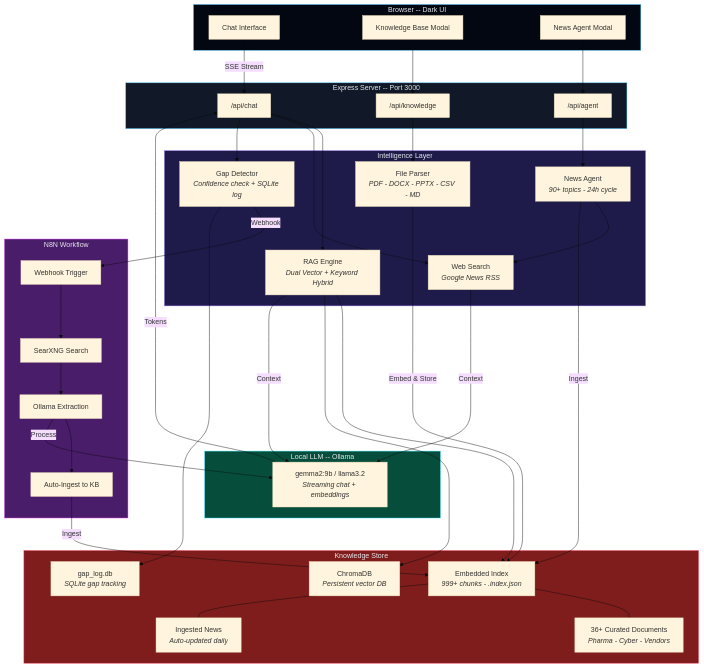
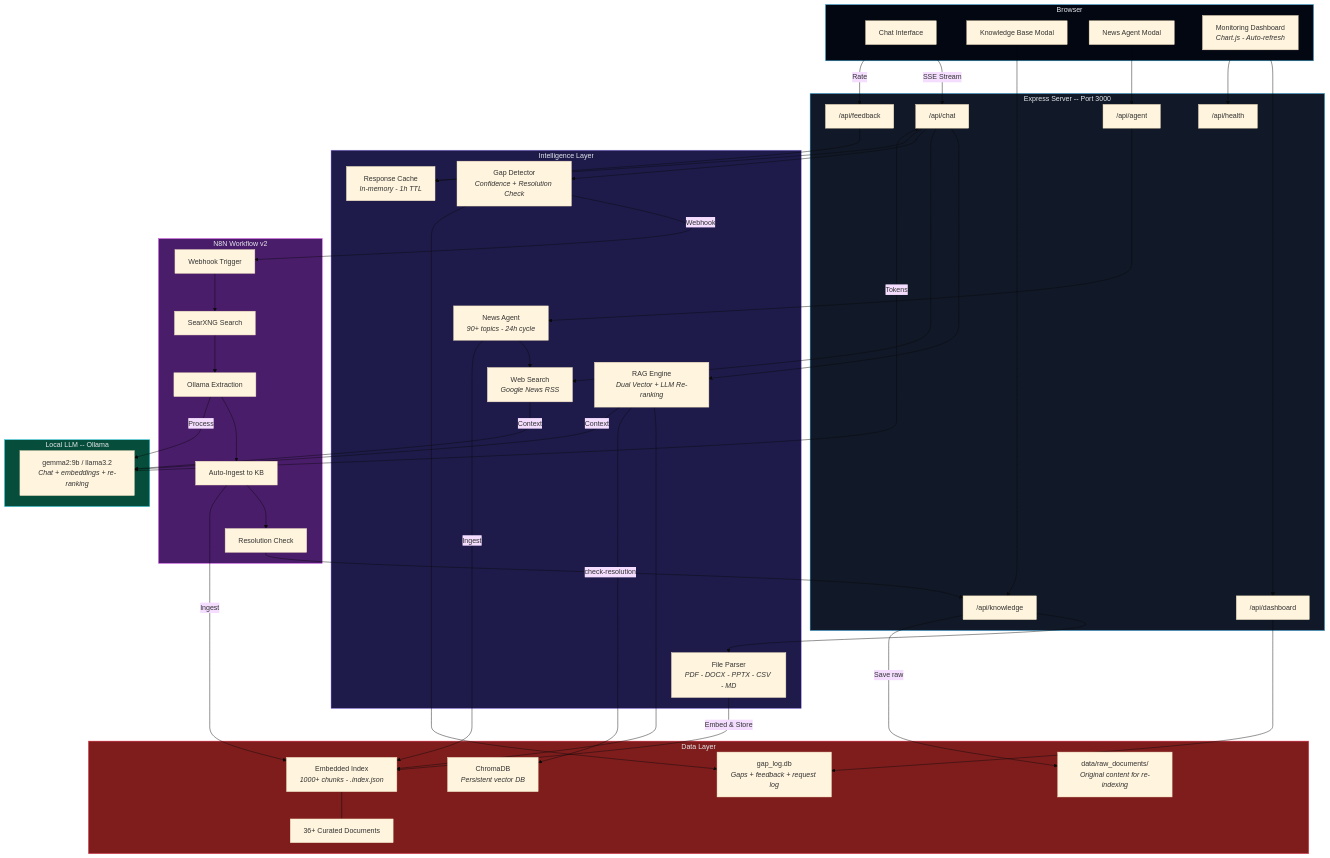
The first of 2 diagrams in README.md (sebdallais-git/PharmaCyberLLM), drawn with Mermaid (base theme) before and after one commit. The commit also changed other lines of this file and 13 other files, not shown here.

First line of the commit message:
feat: add monitoring dashboard, feedback system, gap resolution, and LLM re-ranking

````diff
--- a/README.md
+++ b/README.md
@@ -124,58 +188,72 @@
 ```mermaid
 graph TB
-    subgraph CLIENT["Browser -- Dark UI"]
+    subgraph CLIENT["Browser"]
         CHAT["Chat Interface"]
         KB["Knowledge Base Modal"]
         NA["News Agent Modal"]
+        DASH["Monitoring Dashboard<br/><i>Chart.js - Auto-refresh</i>"]
     end
 
     subgraph SERVER["Express Server -- Port 3000"]
         API_CHAT["/api/chat"]
         API_KB["/api/knowledge"]
         API_AGENT["/api/agent"]
+        API_FB["/api/feedback"]
+        API_DASH["/api/dashboard"]
+        API_HEALTH["/api/health"]
     end
 
     subgraph INTELLIGENCE["Intelligence Layer"]
-        RAG["RAG Engine<br/><i>Dual Vector + Keyword Hybrid</i>"]
+        RAG["RAG Engine<br/><i>Dual Vector + LLM Re-ranking</i>"]
         WEB["Web Search<br/><i>Google News RSS</i>"]
         AGENT["News Agent<br/><i>90+ topics - 24h cycle</i>"]
         PARSE["File Parser<br/><i>PDF - DOCX - PPTX - CSV - MD</i>"]
-        GAP["Gap Detector<br/><i>Confidence check + SQLite log</i>"]
+        GAP["Gap Detector<br/><i>Confidence + Resolution Check</i>"]
+        RCACHE["Response Cache<br/><i>In-memory - 1h TTL</i>"]
     end
 
-    subgraph ORCHESTRATION["N8N Workflow"]
+    subgraph ORCHESTRATION["N8N Workflow v2"]
         N8N_WH["Webhook Trigger"]
         N8N_SEARCH["SearXNG Search"]
         N8N_EXTRACT["Ollama Extraction"]
         N8N_STORE["Auto-Ingest to KB"]
+        N8N_RESOLVE["Resolution Check"]
     end
 
     subgraph LLM["Local LLM -- Ollama"]
-        MODEL["gemma2:9b / llama3.2<br/><i>Streaming chat + embeddings</i>"]
+        MODEL["gemma2:9b / llama3.2<br/><i>Chat + embeddings + re-ranking</i>"]
     end
 
-    subgraph STORE["Knowledge Store"]
-        EMBEDDED["Embedded Index<br/><i>999+ chunks - .index.json</i>"]
+    subgraph STORE["Data Layer"]
+        EMBEDDED["Embedded Index<br/><i>1000+ chunks - .index.json</i>"]
         CHROMA["ChromaDB<br/><i>Persistent vector DB</i>"]
-        DOCS["36+ Curated Documents<br/><i>Pharma - Cyber - Vendors</i>"]
-        NEWS["Ingested News<br/><i>Auto-updated daily</i>"]
-        GAPDB["gap_log.db<br/><i>SQLite gap tracking</i>"]
+        DOCS["36+ Curated Documents"]
+        GAPDB["gap_log.db<br/><i>Gaps + feedback + request log</i>"]
+        RAW["data/raw_documents/<br/><i>Original content for re-indexing</i>"]
     end
 
     CHAT -->|SSE Stream| API_CHAT
+    DASH --> API_DASH
+    DASH --> API_HEALTH
     KB --> API_KB
     NA --> API_AGENT
+    CHAT -->|Rate| API_FB
 
     API_CHAT --> RAG
     API_CHAT --> WEB
     API_CHAT --> GAP
+    API_CHAT --> RCACHE
     API_KB --> PARSE
     API_AGENT --> AGENT
+    API_FB --> RCACHE
+    API_DASH --> GAPDB
 
     GAP -->|Webhook| N8N_WH
     N8N_WH --> N8N_SEARCH
     N8N_SEARCH --> N8N_EXTRACT
     N8N_EXTRACT --> N8N_STORE
+    N8N_STORE --> N8N_RESOLVE
+    N8N_RESOLVE -->|check-resolution| API_KB
     N8N_STORE -->|Ingest| EMBEDDED
 
     GAP --> GAPDB
@@ -184,6 +262,7 @@
     AGENT --> WEB
     AGENT -->|Ingest| EMBEDDED
     PARSE -->|Embed & Store| EMBEDDED
+    API_KB -->|Save raw| RAW
 
     RAG -->|Context| MODEL
     WEB -->|Context| MODEL
@@ -191,7 +270,6 @@
     MODEL -->|Tokens| API_CHAT
 
     EMBEDDED --- DOCS
-    EMBEDDED --- NEWS
 
     style CLIENT fill:#030712,stroke:#38bdf8,color:#e5e7eb
     style SERVER fill:#111827,stroke:#38bdf8,color:#e5e7eb
````
